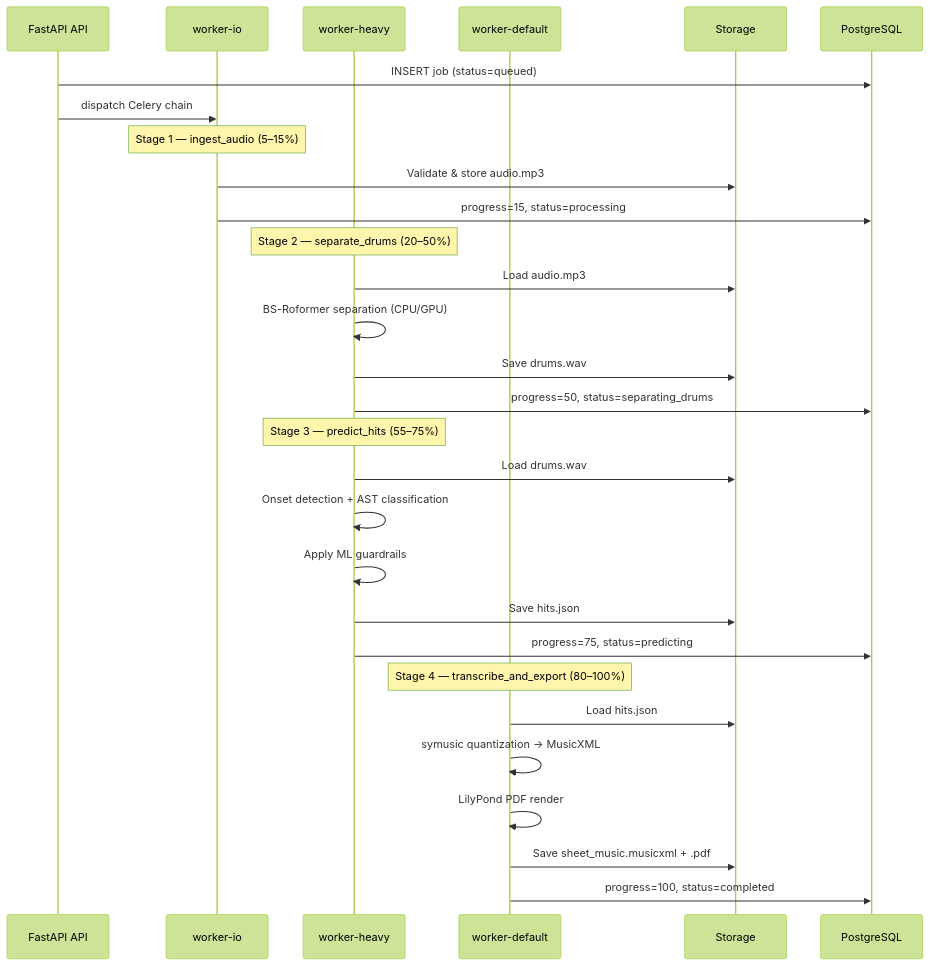
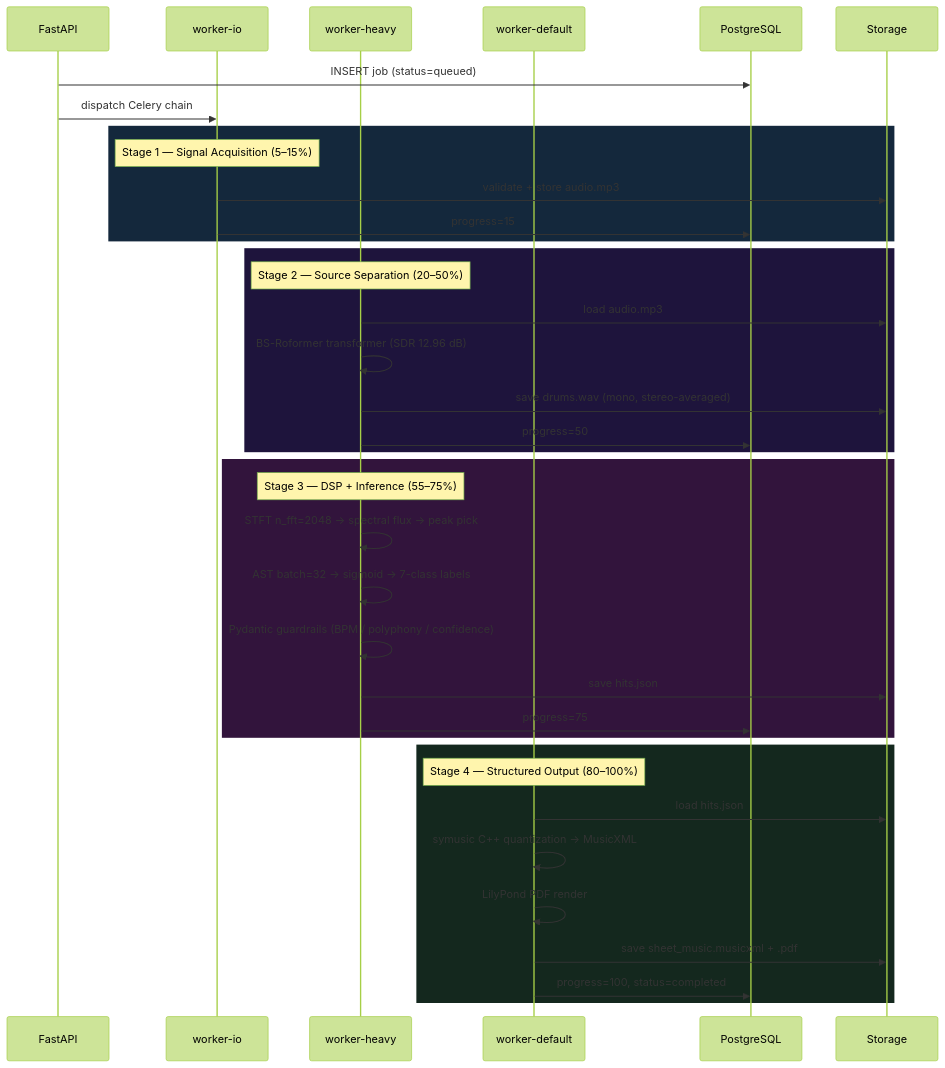
Before and after one commit to MatPizzolo/Automatic-Drum-Transcription: the second of 3 diagrams in README.md, drawn with Mermaid (forest theme). The commit also changed other lines of this file, not shown here.

````diff
--- a/README.md
+++ b/README.md
@@ -129,36 +93,44 @@
 ```mermaid
 sequenceDiagram
-    participant API as FastAPI API
-    participant IO as worker-io
-    participant Heavy as worker-heavy
-    participant Def as worker-default
-    participant R2 as Storage
-    participant DB as PostgreSQL
+    participant API as FastAPI
+    participant IO  as worker-io
+    participant HV  as worker-heavy
+    participant DF  as worker-default
+    participant DB  as PostgreSQL
+    participant S3  as Storage
 
     API->>DB: INSERT job (status=queued)
     API->>IO: dispatch Celery chain
 
-    Note over IO: Stage 1 — ingest_audio (5–15%)
-    IO->>R2: Validate & store audio.mp3
-    IO->>DB: progress=15, status=processing
+    rect rgb(20, 40, 60)
+    Note over IO: Stage 1 — Signal Acquisition (5–15%)
+    IO->>S3: validate + store audio.mp3
+    IO->>DB: progress=15
+    end
 
-    Note over Heavy: Stage 2 — separate_drums (20–50%)
-    Heavy->>R2: Load audio.mp3
-    Heavy->>Heavy: BS-Roformer separation (CPU/GPU)
-    Heavy->>R2: Save drums.wav
-    Heavy->>DB: progress=50, status=separating_drums
+    rect rgb(30, 20, 60)
+    Note over HV: Stage 2 — Source Separation (20–50%)
+    HV->>S3: load audio.mp3
+    HV->>HV: BS-Roformer transformer (SDR 12.96 dB)
+    HV->>S3: save drums.wav (mono, stereo-averaged)
+    HV->>DB: progress=50
+    end
 
-    Note over Heavy: Stage 3 — predict_hits (55–75%)
-    Heavy->>R2: Load drums.wav
-    Heavy->>Heavy: Onset detection + AST classification
-    Heavy->>Heavy: Apply ML guardrails
-    Heavy->>R2: Save hits.json
-    Heavy->>DB: progress=75, status=predicting
+    rect rgb(50, 20, 60)
+    Note over HV: Stage 3 — DSP + Inference (55–75%)
+    HV->>HV: STFT n_fft=2048 → spectral flux → peak pick
+    HV->>HV: AST batch=32 → sigmoid → 7-class labels
+    HV->>HV: Pydantic guardrails (BPM / polyphony / confidence)
+    HV->>S3: save hits.json
+    HV->>DB: progress=75
+    end
 
-    Note over Def: Stage 4 — transcribe_and_export (80–100%)
-    Def->>R2: Load hits.json
-    Def->>Def: symusic quantization → MusicXML
-    Def->>Def: LilyPond PDF render
-    Def->>R2: Save sheet_music.musicxml + .pdf
-    Def->>DB: progress=100, status=completed
+    rect rgb(20, 40, 30)
+    Note over DF: Stage 4 — Structured Output (80–100%)
+    DF->>S3: load hits.json
+    DF->>DF: symusic C++ quantization → MusicXML
+    DF->>DF: LilyPond PDF render
+    DF->>S3: save sheet_music.musicxml + .pdf
+    DF->>DB: progress=100, status=completed
+    end
 ```
````
